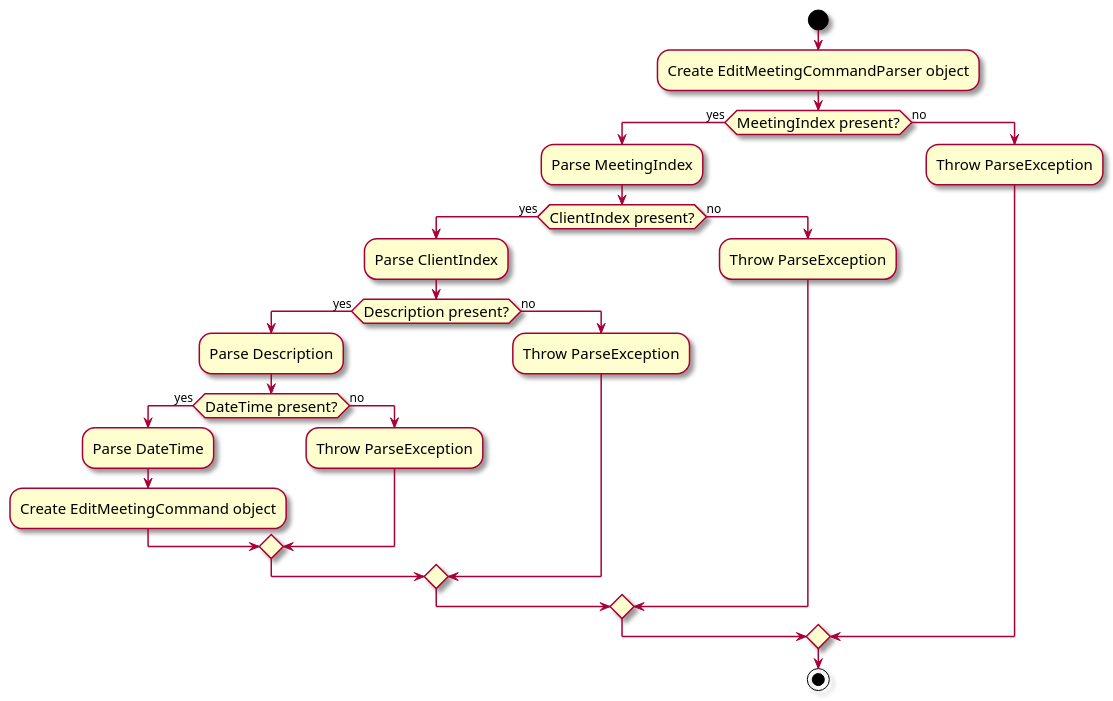
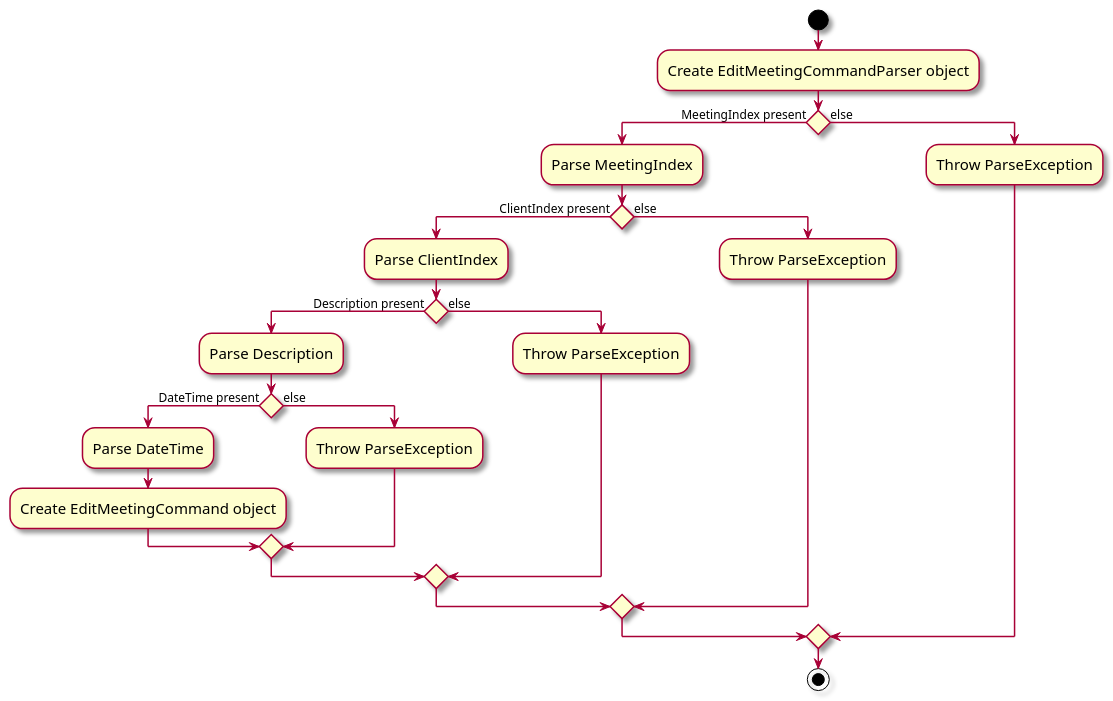
One commit to sethteo/tp changed the diagram in docs/diagrams/EditMeetingCommandParserActivityDiagram.puml. Above: the diagram before and after it, drawn with PlantUML. The commit also changed 3 other files, not shown here.

Commit message:
Add UML diagrams

```diff
--- a/docs/diagrams/EditMeetingCommandParserActivityDiagram.puml
+++ b/docs/diagrams/EditMeetingCommandParserActivityDiagram.puml
@@ -1,30 +1,30 @@
 @startuml
 skin rose
 skinparam ActivityFontSize 15
 skinparam ArrowFontSize 12
 start
 :Create EditMeetingCommandParser object;
 
-if (MeetingIndex present?) then (yes)
+if () then (MeetingIndex present)
     :Parse MeetingIndex;
-    if (ClientIndex present?) then (yes)
+    if () then (ClientIndex present)
         :Parse ClientIndex;
-        if (Description present?) then (yes)
+        if () then (Description present)
             :Parse Description;
-            if (DateTime present?) then (yes)
+            if () then (DateTime present)
                 :Parse DateTime;
                 :Create EditMeetingCommand object;
-            else (no)
+            else (else)
                 :Throw ParseException;
             endif
-        else (no)
+        else (else)
             :Throw ParseException;
         endif
-    else (no)
+    else (else)
         :Throw ParseException;
     endif
-else (no)
+else (else)
     :Throw ParseException;
 endif
 stop
 @enduml
```
